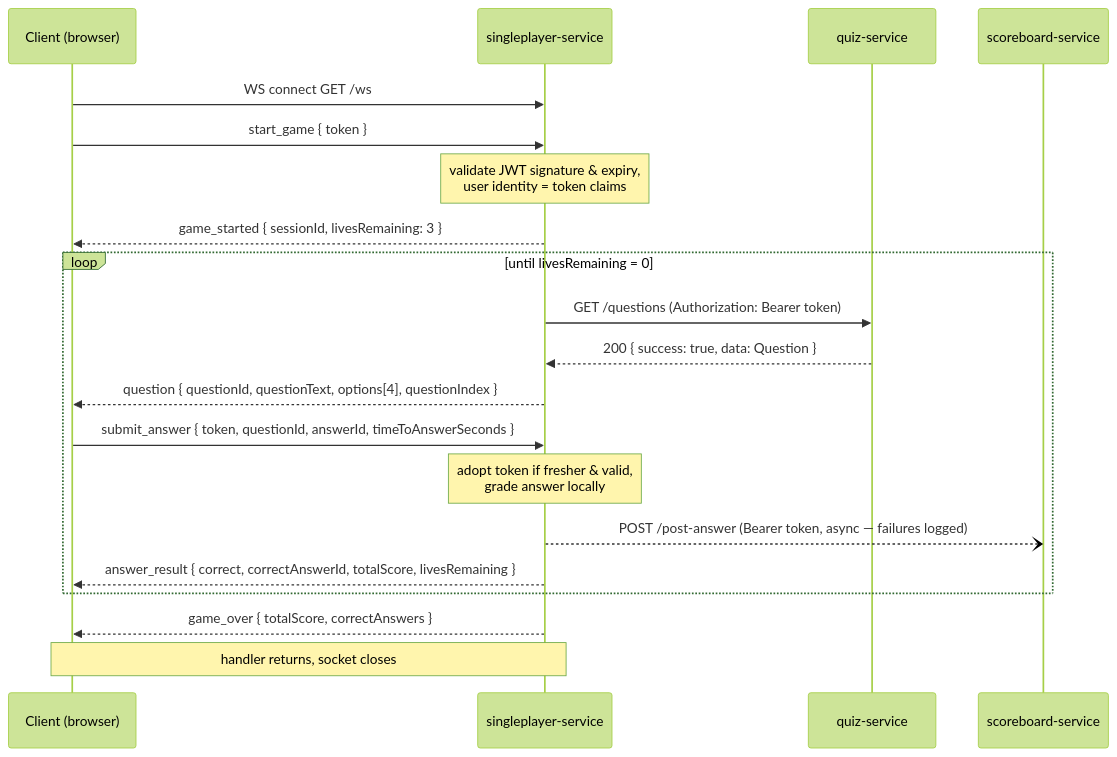
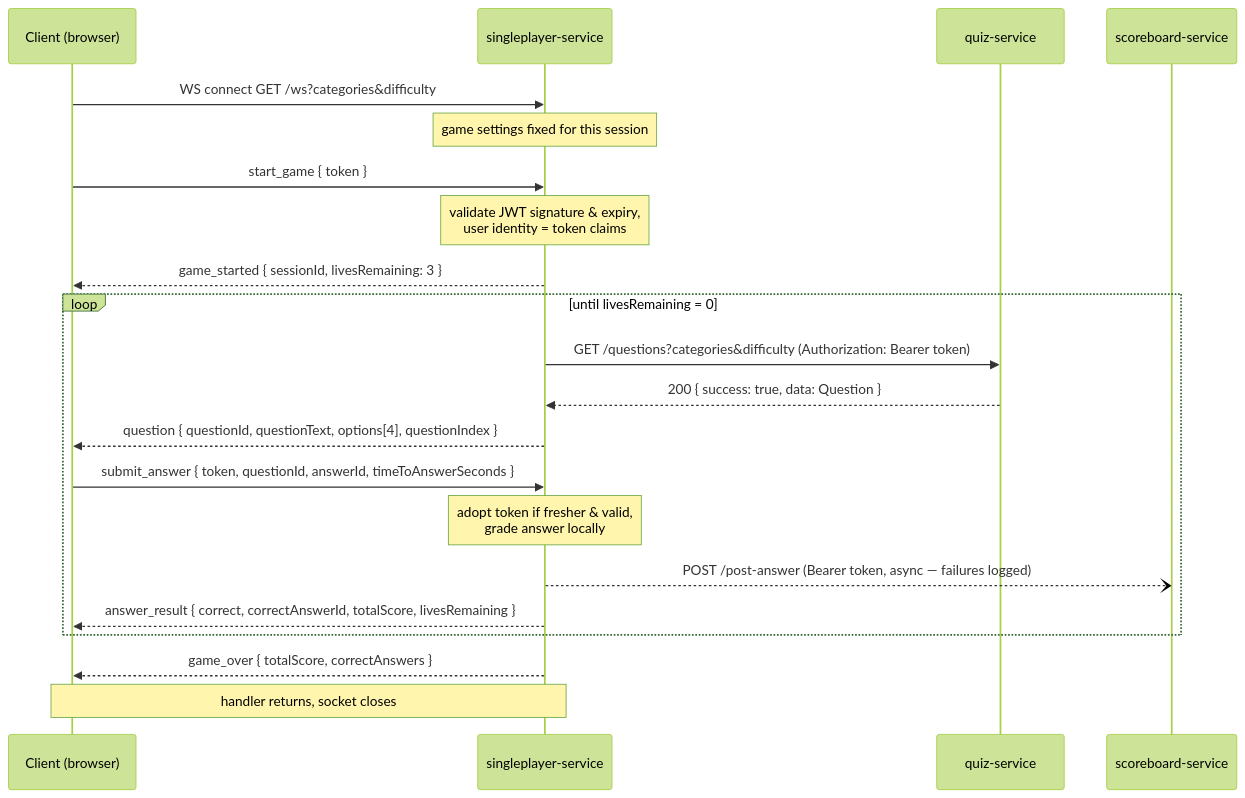
One commit to DENEDI22/team16-quiz-app changed the diagram in docs/api-contracts.md. Above: the diagram before and after it, drawn with Mermaid (forest theme). The commit also changed other lines of this file and 6 other files, not shown here.

````diff
--- a/docs/api-contracts.md
+++ b/docs/api-contracts.md
@@ -332,25 +357,26 @@
 ```mermaid
 sequenceDiagram
     participant C as Client (browser)
     participant S as singleplayer-service
     participant Q as quiz-service
     participant B as scoreboard-service
 
-    C->>S: WS connect GET /ws
+    C->>S: WS connect GET /ws?categories&difficulty
+    Note over S: game settings fixed for this session
     C->>S: start_game { token }
     Note over S: validate JWT signature & expiry,<br/>user identity = token claims
     S-->>C: game_started { sessionId, livesRemaining: 3 }
 
     loop until livesRemaining = 0
-        S->>Q: GET /questions  (Authorization: Bearer token)
+        S->>Q: GET /questions?categories&difficulty  (Authorization: Bearer token)
         Q-->>S: 200 { success: true, data: Question }
         S-->>C: question { questionId, questionText, options[4], questionIndex }
         C->>S: submit_answer { token, questionId, answerId, timeToAnswerSeconds }
         Note over S: adopt token if fresher & valid,<br/>grade answer locally
         S--)B: POST /post-answer  (Bearer token, async — failures logged)
         S-->>C: answer_result { correct, correctAnswerId, totalScore, livesRemaining }
     end
 
     S-->>C: game_over { totalScore, correctAnswers }
     Note over C,S: handler returns, socket closes
 ```
````
